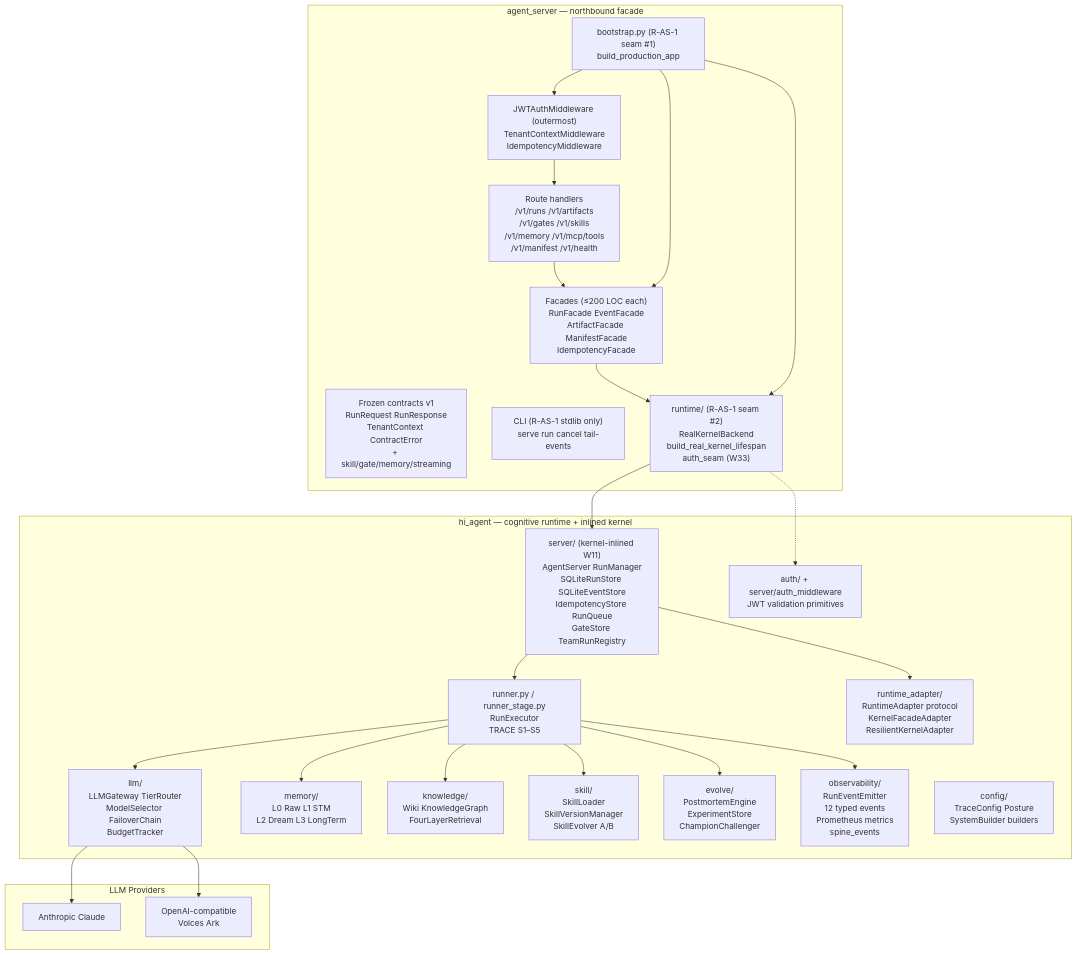
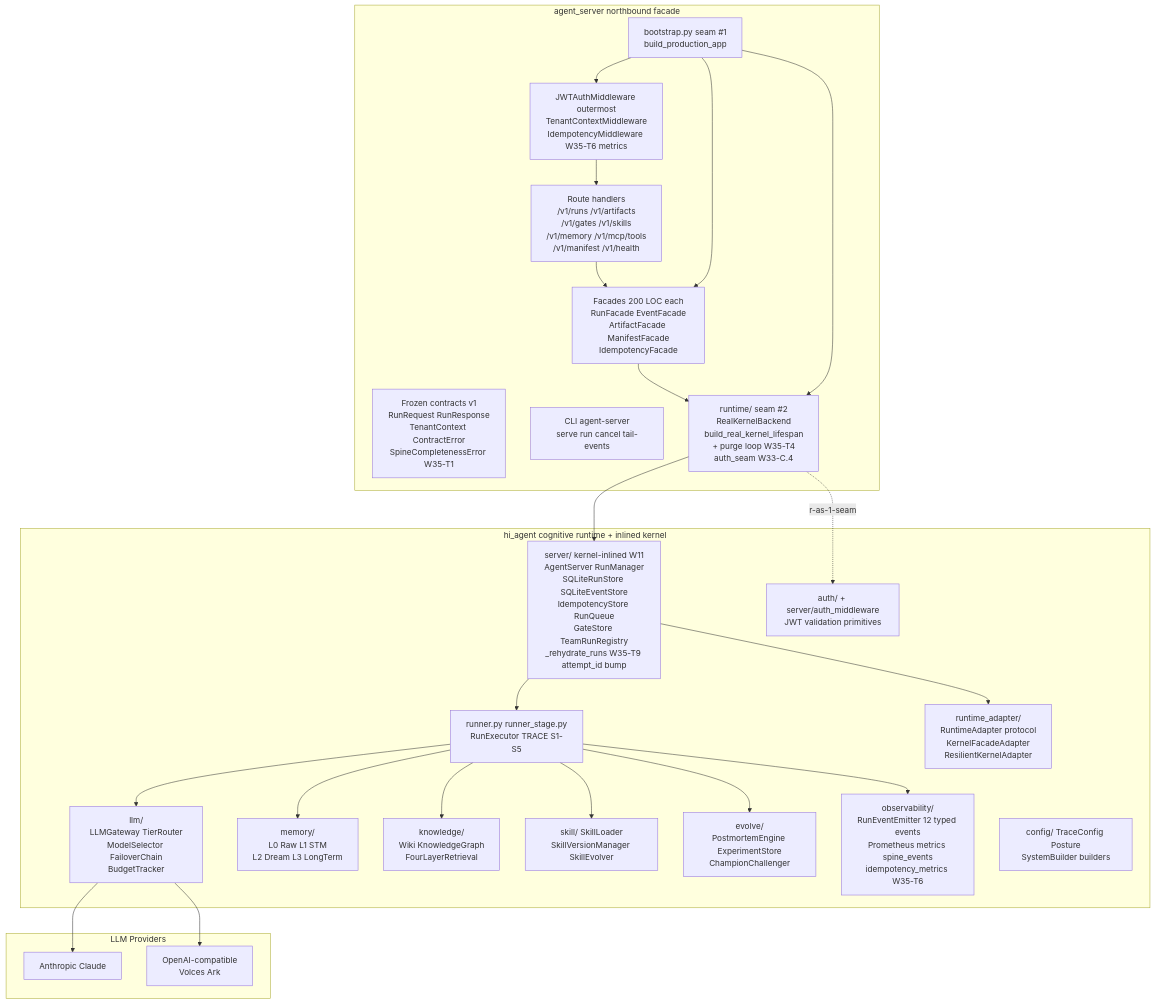
Before and after one commit to chaosxingxc-orion/hi-agent: the first of 3 diagrams in ARCHITECTURE.md, drawn with Mermaid. The commit also changed other lines of this file and 3 other files, not shown here.

First line of the commit message:
[W35] ARCHITECTURE.md restructure (12-section template) + T3 Real (Volces) PASS at 1cf6380

````diff
--- a/ARCHITECTURE.md
+++ b/ARCHITECTURE.md
@@ -113,50 +100,50 @@
 ```mermaid
 flowchart TB
-    subgraph agent_server["agent_server — northbound facade"]
-        MW["JWTAuthMiddleware (outermost)<br/>TenantContextMiddleware<br/>IdempotencyMiddleware"]
-        RT["Route handlers<br/>/v1/runs /v1/artifacts<br/>/v1/gates /v1/skills<br/>/v1/memory /v1/mcp/tools<br/>/v1/manifest /v1/health"]
-        FA["Facades (≤200 LOC each)<br/>RunFacade EventFacade<br/>ArtifactFacade ManifestFacade<br/>IdempotencyFacade"]
-        CO["Frozen contracts v1<br/>RunRequest RunResponse<br/>TenantContext ContractError<br/>+ skill/gate/memory/streaming"]
-        CLI2["CLI (R-AS-1 stdlib only)<br/>serve run cancel tail-events"]
-        BS["bootstrap.py (R-AS-1 seam #1)<br/>build_production_app"]
-        RTM["runtime/ (R-AS-1 seam #2)<br/>RealKernelBackend<br/>build_real_kernel_lifespan<br/>auth_seam (W33)"]
+    subgraph agent_server[agent_server northbound facade]
+        MW[JWTAuthMiddleware outermost<br/>TenantContextMiddleware<br/>IdempotencyMiddleware W35-T6 metrics]
+        RT[Route handlers<br/>/v1/runs /v1/artifacts<br/>/v1/gates /v1/skills<br/>/v1/memory /v1/mcp/tools<br/>/v1/manifest /v1/health]
+        FA[Facades 200 LOC each<br/>RunFacade EventFacade<br/>ArtifactFacade ManifestFacade<br/>IdempotencyFacade]
+        CO[Frozen contracts v1<br/>RunRequest RunResponse<br/>TenantContext ContractError<br/>SpineCompletenessError W35-T1]
+        CLI2[CLI agent-server<br/>serve run cancel tail-events]
+        BS[bootstrap.py seam #1<br/>build_production_app]
+        RTM[runtime/ seam #2<br/>RealKernelBackend<br/>build_real_kernel_lifespan<br/>+ purge loop W35-T4<br/>auth_seam W33-C.4]
     end
 
-    subgraph hi_agent["hi_agent — cognitive runtime + inlined kernel"]
-        RUN["runner.py / runner_stage.py<br/>RunExecutor<br/>TRACE S1–S5"]
-        LLM2["llm/<br/>LLMGateway TierRouter<br/>ModelSelector FailoverChain<br/>BudgetTracker"]
-        MEM["memory/<br/>L0 Raw L1 STM<br/>L2 Dream L3 LongTerm"]
-        KNW["knowledge/<br/>Wiki KnowledgeGraph<br/>FourLayerRetrieval"]
-        SKL["skill/<br/>SkillLoader<br/>SkillVersionManager<br/>SkillEvolver A/B"]
-        EVO["evolve/<br/>PostmortemEngine<br/>ExperimentStore<br/>ChampionChallenger"]
-        OBS["observability/<br/>RunEventEmitter<br/>12 typed events<br/>Prometheus metrics<br/>spine_events"]
-        CFG["config/<br/>TraceConfig Posture<br/>SystemBuilder builders"]
-        SRV["server/ (kernel-inlined W11)<br/>AgentServer RunManager<br/>SQLiteRunStore SQLiteEventStore<br/>IdempotencyStore RunQueue<br/>GateStore TeamRunRegistry"]
-        AUTH["auth/ + server/auth_middleware<br/>JWT validation primitives"]
-        RTA["runtime_adapter/<br/>RuntimeAdapter protocol<br/>KernelFacadeAdapter<br/>ResilientKernelAdapter"]
+    subgraph hi_agent[hi_agent cognitive runtime + inlined kernel]
+        RUN[runner.py runner_stage.py<br/>RunExecutor TRACE S1-S5]
+        LLM2[llm/<br/>LLMGateway TierRouter<br/>ModelSelector FailoverChain<br/>BudgetTracker]
+        MEM[memory/<br/>L0 Raw L1 STM<br/>L2 Dream L3 LongTerm]
+        KNW[knowledge/<br/>Wiki KnowledgeGraph<br/>FourLayerRetrieval]
+        SKL[skill/ SkillLoader<br/>SkillVersionManager SkillEvolver]
+        EVO[evolve/<br/>PostmortemEngine ExperimentStore<br/>ChampionChallenger]
+        OBS[observability/<br/>RunEventEmitter 12 typed events<br/>Prometheus metrics spine_events<br/>idempotency_metrics W35-T6]
+        CFG[config/ TraceConfig Posture<br/>SystemBuilder builders]
+        SRV[server/ kernel-inlined W11<br/>AgentServer RunManager<br/>SQLiteRunStore SQLiteEventStore<br/>IdempotencyStore RunQueue<br/>GateStore TeamRunRegistry<br/>_rehydrate_runs W35-T9 attempt_id bump]
+        AUTH[auth/ + server/auth_middleware<br/>JWT validation primitives]
+        RTA[runtime_adapter/<br/>RuntimeAdapter protocol<br/>KernelFacadeAdapter<br/>ResilientKernelAdapter]
     end
 
-    subgraph providers["LLM Providers"]
-        ANT["Anthropic Claude"]
-        OAI["OpenAI-compatible<br/>Volces Ark"]
+    subgraph providers[LLM Providers]
+        ANT[Anthropic Claude]
+        OAI[OpenAI-compatible<br/>Volces Ark]
     end
 
     MW --> RT
     RT --> FA
     FA --> RTM
     BS --> MW
     BS --> FA
     BS --> RTM
     RTM --> SRV
     SRV --> RUN
     RUN --> LLM2
     RUN --> MEM
     RUN --> KNW
     RUN --> SKL
     RUN --> EVO
     RUN --> OBS
-    RTM -.-> AUTH
+    RTM -. r-as-1-seam .-> AUTH
     SRV --> RTA
     LLM2 --> ANT
     LLM2 --> OAI
 ```
````
